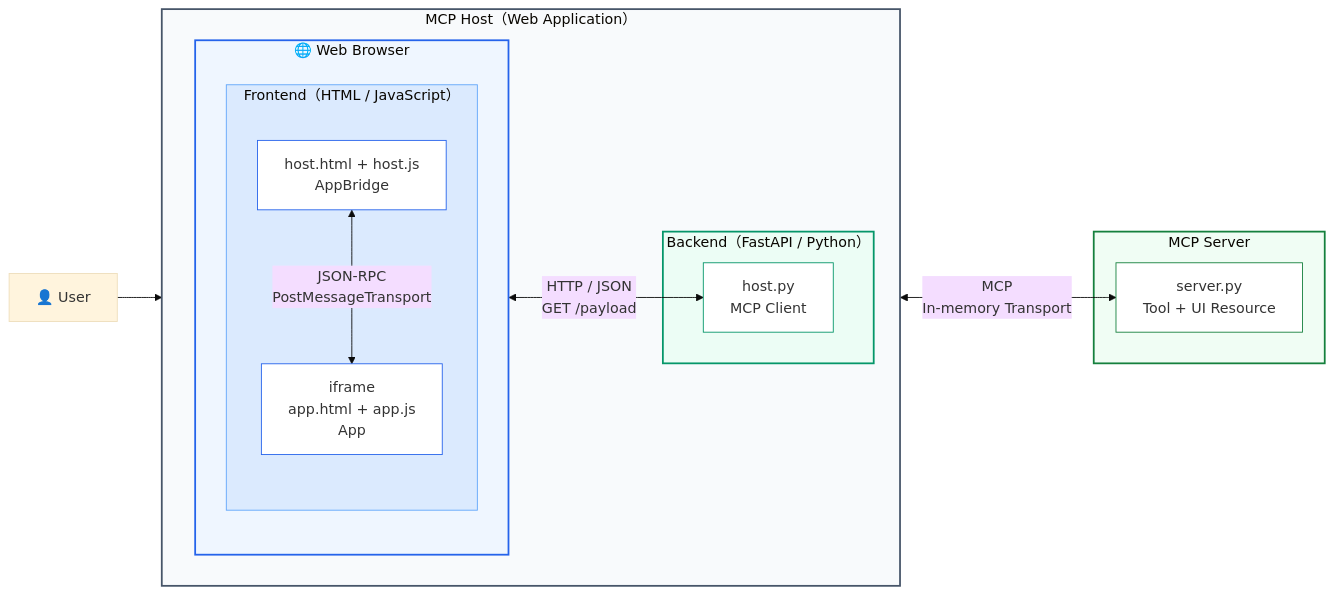
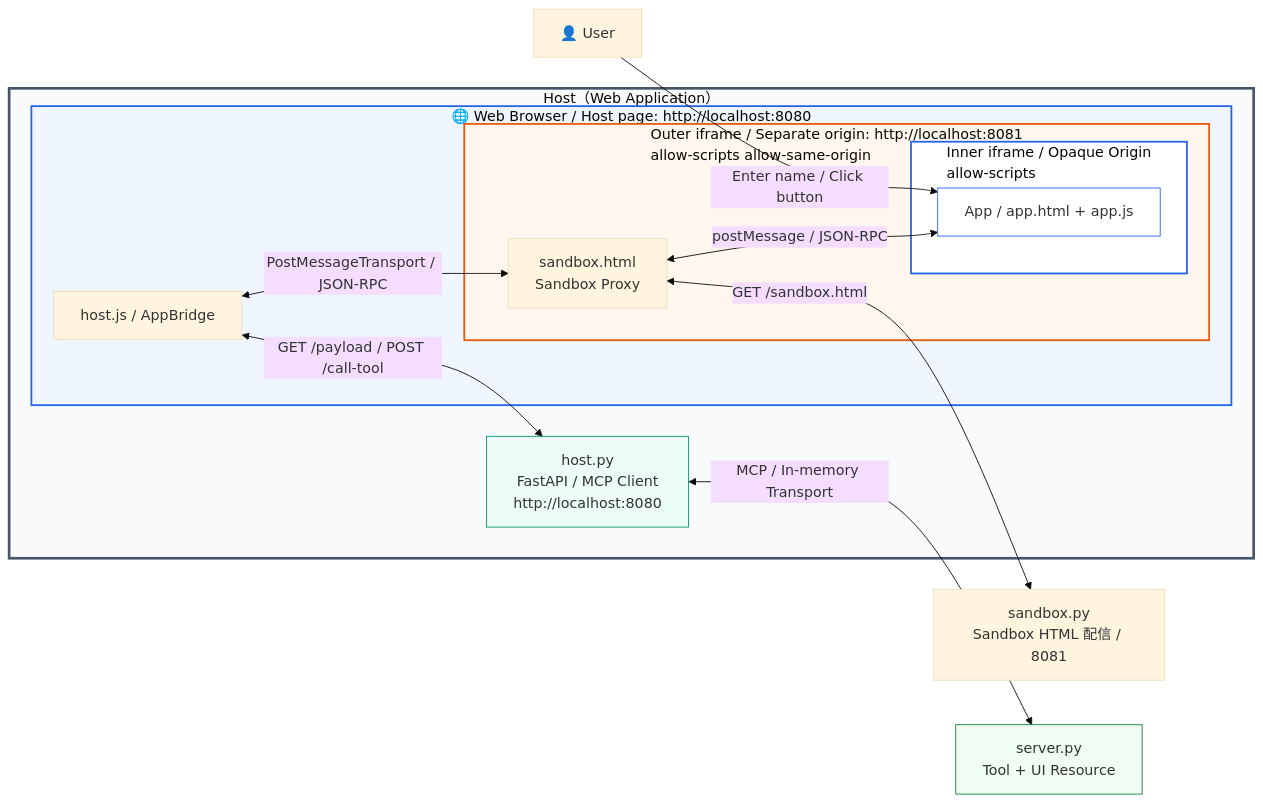
One commit to piyo123/learning-agent-human-interaction changed diagram 11 of 12 in 02-mcp-apps/README.md. Above: the diagram before and after it, drawn with Mermaid (base theme). The commit also changed other lines of this file, not shown here.

````diff
--- a/02-mcp-apps/README.md
+++ b/02-mcp-apps/README.md
@@ -14,43 +405,30 @@
 ```mermaid
 flowchart LR
-    USER["👤 User"]
-
-    subgraph WEBAPP[" MCP Host（Web Application）"]
-        direction LR
-
-        subgraph BROWSER["🌐 Web Browser"]
-            direction TB
-
-            subgraph FRONT["Frontend（HTML / JavaScript）"]
-                direction TB
-                BRIDGE["host.html + host.js<br/>AppBridge"]
-                APP["iframe<br/>app.html + app.js<br/>App"]
+    USER["👤 User"] -->|"Enter name / Click button"| APP
+    subgraph WEB["Host（Web Application）"]
+        subgraph BROWSER["🌐 Web Browser / Host page: http://localhost:8080"]
+            HOST["host.js / AppBridge"]
+            subgraph OUTER["Outer iframe / Separate origin: http://localhost:8081<br/>allow-scripts allow-same-origin"]
+                PROXY["sandbox.html<br/>Sandbox Proxy"]
+                subgraph INNER["Inner iframe / Opaque Origin<br/>allow-scripts"]
+                    APP["App / app.html + app.js"]
+                end
+                PROXY <-->|"postMessage / JSON-RPC"| APP
             end
+            HOST <-->|"PostMessageTransport / JSON-RPC"| PROXY
         end
-
-        subgraph BACK["Backend（FastAPI / Python）"]
-            CLIENT["host.py<br/>MCP Client"]
-        end
+        BACK["host.py<br/>FastAPI / MCP Client<br/>http://localhost:8080"]
+        HOST <-->|"GET /payload / POST /call-tool"| BACK
     end
-
-    subgraph MCP["MCP Server"]
-        SERVER["server.py<br/>Tool + UI Resource"]
-    end
-
-    USER --> BRIDGE
-
-    BRIDGE <-->|"JSON-RPC<br/>PostMessageTransport"| APP
-    BRIDGE <-->|"HTTP / JSON<br/>GET /payload"| CLIENT
-    CLIENT <-->|"MCP<br/>In-memory Transport"| SERVER
-
-    style WEBAPP fill:#f8fafc,stroke:#475569,stroke-width:2px
+    STATIC["sandbox.py<br/>Sandbox HTML 配信 / 8081"]
+    SERVER["server.py<br/>Tool + UI Resource"]
+    PROXY <-->|"GET /sandbox.html"| STATIC
+    BACK <-->|"MCP / In-memory Transport"| SERVER
+    style WEB fill:#f8fafc,stroke:#475569,stroke-width:3px
     style BROWSER fill:#eff6ff,stroke:#2563eb,stroke-width:2px
-    style FRONT fill:#dbeafe,stroke:#60a5fa
-    style BACK fill:#ecfdf5,stroke:#059669,stroke-width:2px
-    style MCP fill:#f0fdf4,stroke:#15803d,stroke-width:2px
-
-    style BRIDGE fill:#ffffff,stroke:#2563eb
+    style OUTER fill:#fff7ed,stroke:#ea580c,stroke-width:2px
+    style INNER fill:#ffffff,stroke:#2563eb,stroke-width:2px
     style APP fill:#ffffff,stroke:#2563eb
-    style CLIENT fill:#ffffff,stroke:#059669
-    style SERVER fill:#ffffff,stroke:#15803d
+    style BACK fill:#ecfdf5,stroke:#059669
+    style SERVER fill:#f0fdf4,stroke:#15803d
 ```
````
